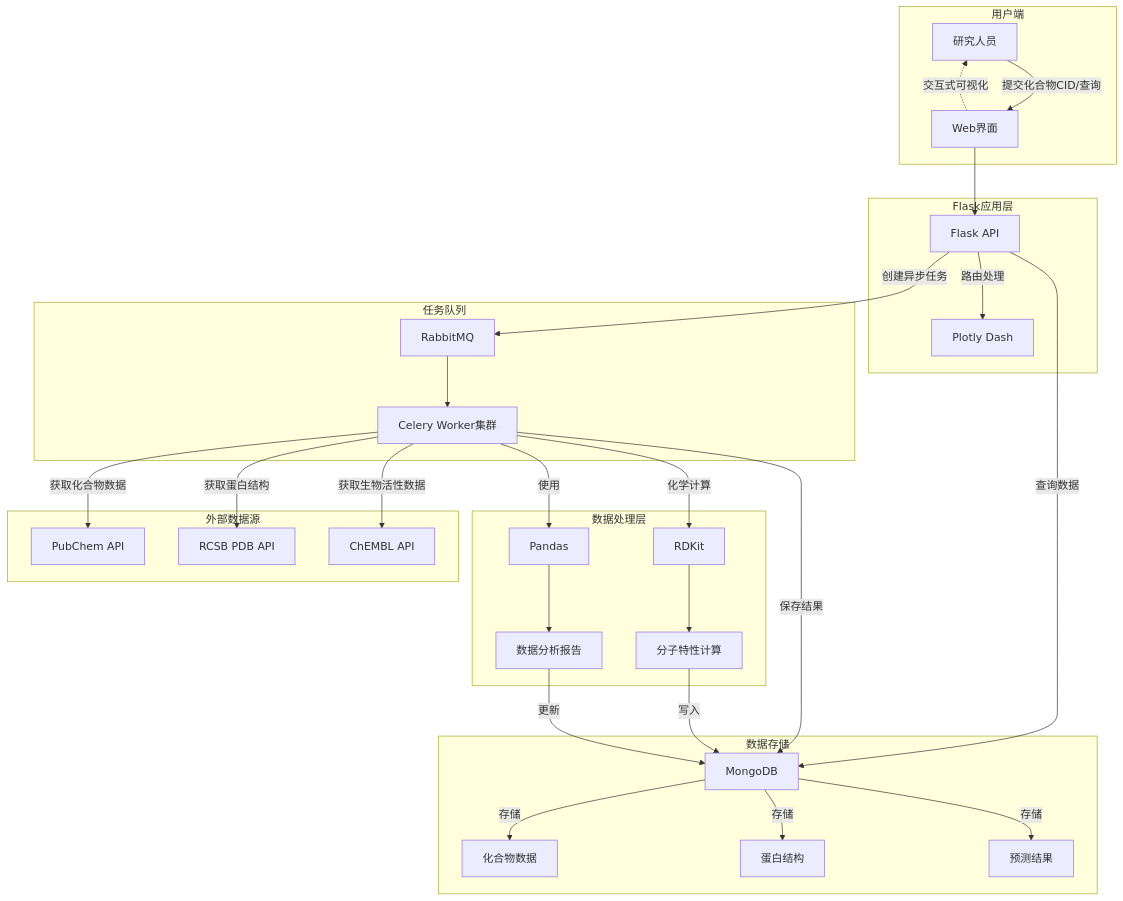
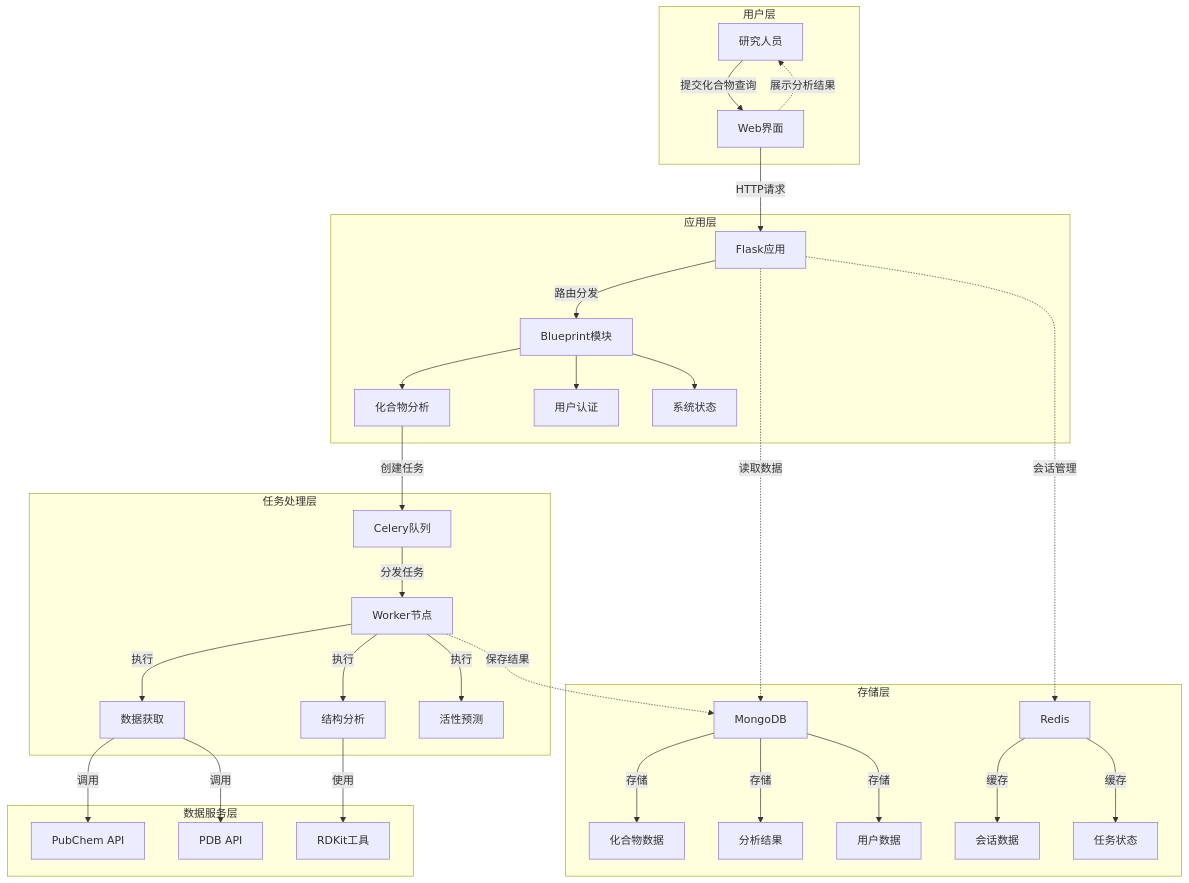
Before and after one commit to zhanglun/HelixNest: the diagram in backend/docs/architecture.md, drawn with Mermaid. The commit also changed other lines of this file, not shown here.

Commit message:
improvement: update architecture

````diff
--- a/backend/docs/architecture.md
+++ b/backend/docs/architecture.md
@@ -8,41 +8,42 @@
 ```mermaid
 graph TD
-    subgraph 用户端
-        A[研究人员] -->|提交化合物CID/查询| B[Web界面]
-        B -.->|交互式可视化| A
+    subgraph 用户层
+        A[研究人员] -->|提交化合物查询| B[Web界面]
+        B -.->|展示分析结果| A
     end
 
-    subgraph Flask应用层
-        B --> C[Flask API]
-        C -->|路由处理| D[Plotly Dash]
+    subgraph 应用层
+        B -->|HTTP请求| C[Flask应用]
+        C -->|路由分发| D[Blueprint模块]
+        D --> D1[化合物分析]
+        D --> D2[用户认证]
+        D --> D3[系统状态]
     end
 
-    subgraph 任务队列
-        C -->|创建异步任务| E[RabbitMQ]
-        E --> F[Celery Worker集群]
+    subgraph 任务处理层
+        D1 -->|创建任务| E[Celery队列]
+        E -->|分发任务| F[Worker节点]
+        F -->|执行| F1[数据获取]
+        F -->|执行| F2[结构分析]
+        F -->|执行| F3[活性预测]
     end
 
-    subgraph 数据处理层
-        F -->|使用| G[Pandas]
-        F -->|化学计算| H[RDKit]
-        G --> I[数据分析报告]
-        H --> J[分子特性计算]
+    subgraph 数据服务层
+        F1 -->|调用| G1[PubChem API]
+        F1 -->|调用| G2[PDB API]
+        F2 -->|使用| G3[RDKit工具]
     end
 
-    subgraph 数据存储
-        K[MongoDB] -->|存储| L[化合物数据]
-        K -->|存储| M[蛋白结构]
-        K -->|存储| N[预测结果]
+    subgraph 存储层
+        H[MongoDB] -->|存储| H1[化合物数据]
+        H -->|存储| H2[分析结果]
+        H -->|存储| H3[用户数据]
+        
+        I[Redis] -->|缓存| I1[会话数据]
+        I -->|缓存| I2[任务状态]
     end
 
-    subgraph 外部数据源
-        F -->|获取化合物数据| O[PubChem API]
-        F -->|获取蛋白结构| P[RCSB PDB API]
-        F -->|获取生物活性数据| Q[ChEMBL API]
-    end
-
-    C -->|查询数据| K
-    F -->|保存结果| K
-    J -->|写入| K
-    I -->|更新| K
+    F -.->|保存结果| H
+    C -.->|读取数据| H
+    C -.->|会话管理| I
 ```
````
